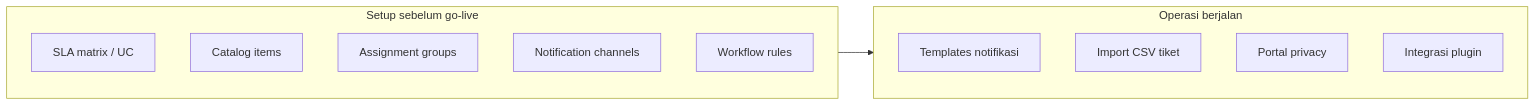
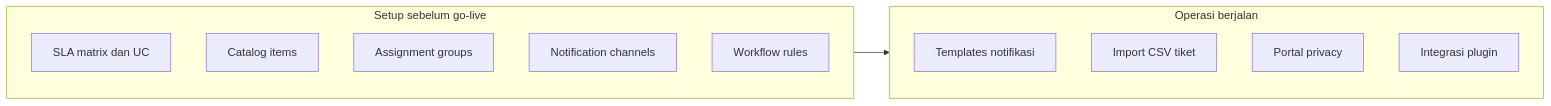
One commit to bontiharyanto/novacrm changed diagram 11 of 14 in docs/TICKETING-JOURNEY.md. Above: the diagram before and after it, drawn with Mermaid. The commit also changed other lines of this file, not shown here.

First line of the commit message:
Fix Mermaid diagram syntax in ticketing journey doc for GitHub rendering.

````diff
--- a/docs/TICKETING-JOURNEY.md
+++ b/docs/TICKETING-JOURNEY.md
@@ -394,19 +394,19 @@
 ```mermaid
 flowchart LR
-  subgraph Setup["Setup sebelum go-live"]
-    A1[SLA matrix / UC]
+  subgraph setup["Setup sebelum go-live"]
+    A1["SLA matrix dan UC"]
     A2[Catalog items]
     A3[Assignment groups]
     A4[Notification channels]
     A5[Workflow rules]
   end
 
-  subgraph Operasi["Operasi berjalan"]
+  subgraph operasi["Operasi berjalan"]
     O1[Templates notifikasi]
     O2[Import CSV tiket]
     O3[Portal privacy]
     O4[Integrasi plugin]
   end
 
-  Setup --> Operasi
+  setup --> operasi
 ```
````
